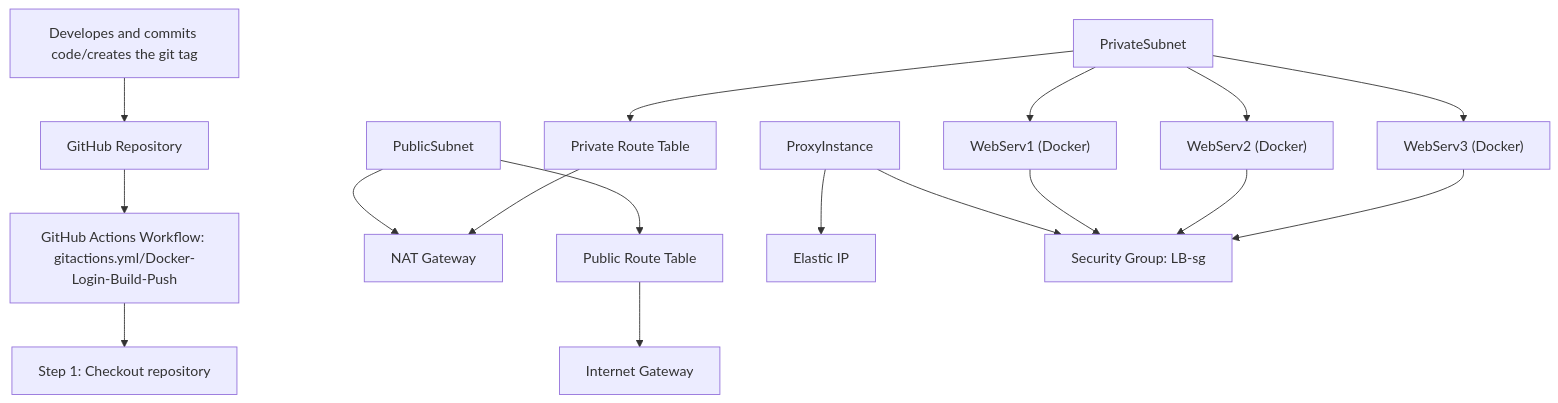
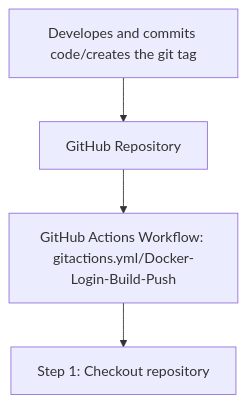
Before and after one commit to WSU-kduncan/cicdf25-Historyvariety: the diagram in README-CI.md, drawn with Mermaid.

````diff
--- a/README-CI.md
+++ b/README-CI.md
@@ -20,19 +20,6 @@
 ```mermaid
   graph TD
       Developer/Programmer["Developes and commits code/creates the git tag"] --> GitHub["GitHub Repository"]
       GitHub --> Workflow["GitHub Actions Workflow: gitactions.yml/Docker-Login-Build-Push"]
       Workflow --> Checkout["Step 1: Checkout repository"]
-      PublicSubnet --> NATGateway["NAT Gateway"]
-      PublicSubnet --> PublicRouteTable["Public Route Table"]
-      PublicRouteTable --> InternetGateway["Internet Gateway"]
-      ProxyInstance --> ElasticIP["Elastic IP"]
-      ProxyInstance --> SecurityGroup["Security Group: LB-sg"]
-      PrivateSubnet --> WebServ1["WebServ1 (Docker)"]
-      PrivateSubnet --> WebServ2["WebServ2 (Docker)"]
-      PrivateSubnet --> WebServ3["WebServ3 (Docker)"]
-      PrivateSubnet --> PrivateRouteTable["Private Route Table"]
-      PrivateRouteTable --> NATGateway
-      WebServ1 --> SecurityGroup
-      WebServ2 --> SecurityGroup
-      WebServ3 --> SecurityGroup
 ```
````
